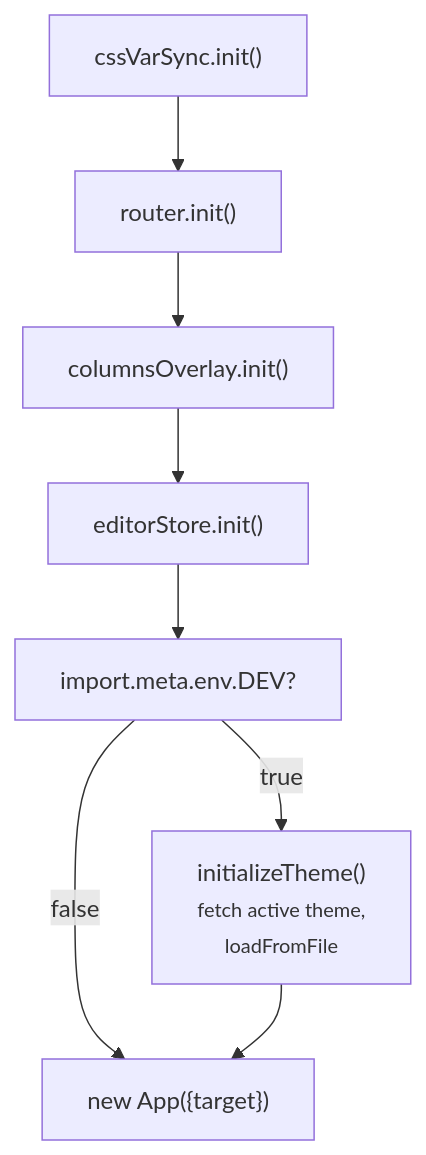
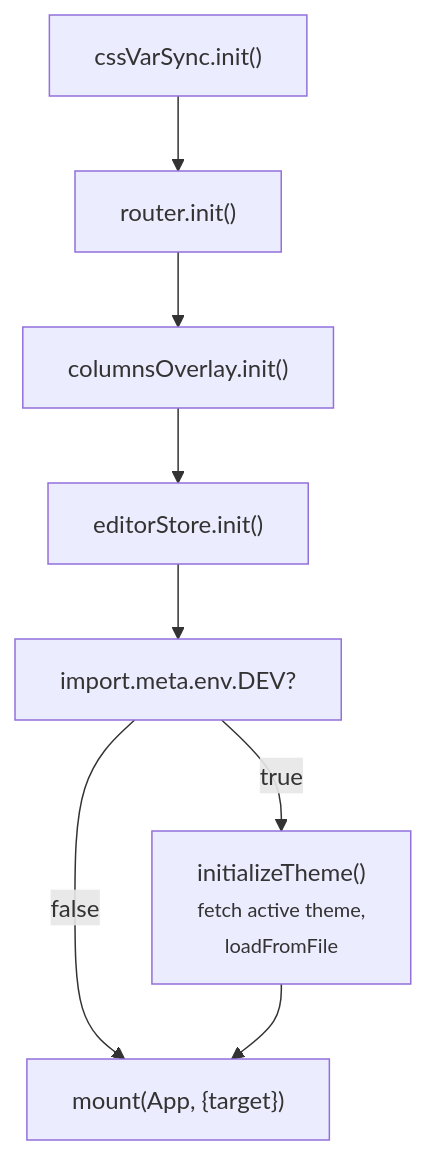
One commit to motionproto/live-tokens changed the third of 3 diagrams in docs/07-overlay-and-routing.md. Above: the diagram before and after it, drawn with Mermaid. The commit also changed other lines of this file and 11 other files, not shown here.

````diff
--- a/docs/07-overlay-and-routing.md
+++ b/docs/07-overlay-and-routing.md
@@ -272,12 +283,12 @@
 ```mermaid
 flowchart TB
     A["cssVarSync.init()"] --> B
     B["router.init()"] --> C
     C["columnsOverlay.init()"] --> D
     D["editorStore.init()"] --> E
     E["import.meta.env.DEV?"]
     E --true--> F["initializeTheme()<br/><small>fetch active theme,<br/>loadFromFile</small>"]
     E --false--> G
     F --> G
-    G["new App({target})"]
+    G["mount(App, {target})"]
 ```
````
